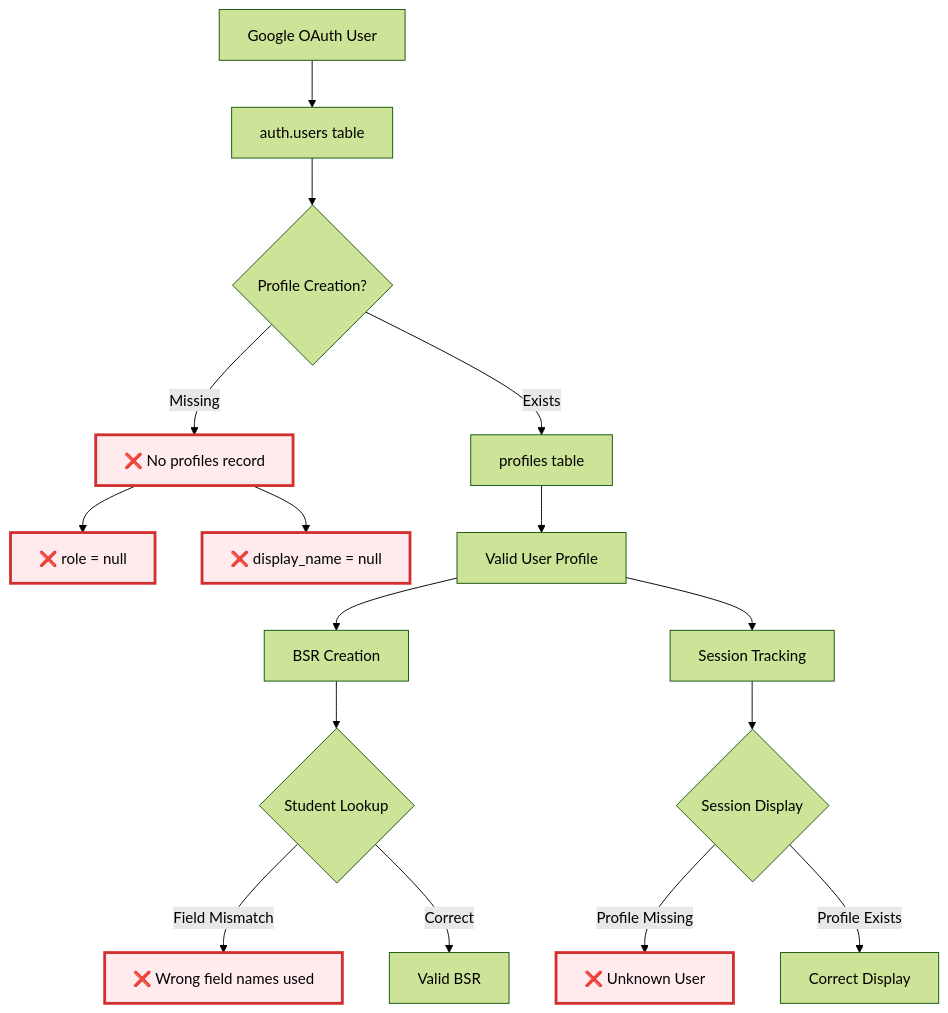
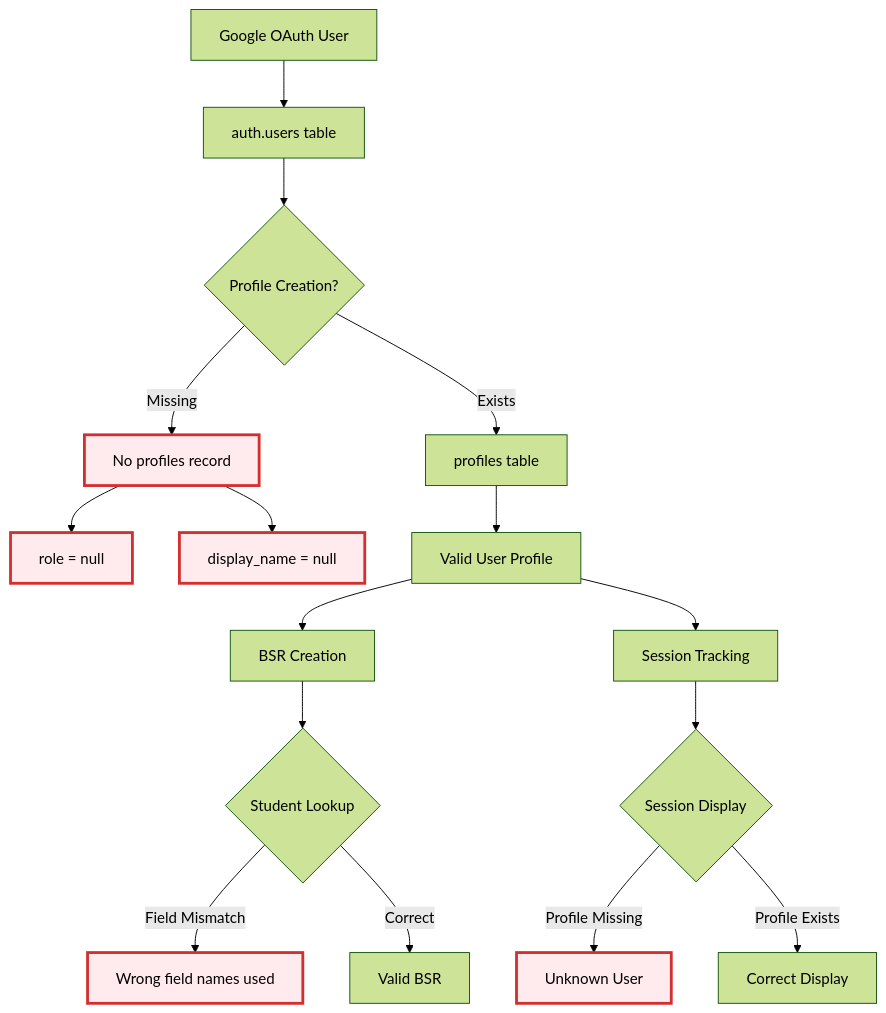
Before and after one commit to Splurfa/bx-os: the second of 4 diagrams in Docs/Flowcharts/Current-State/03-current-database-schema.md, drawn with Mermaid (forest theme). The commit also changed other lines of this file and 12 other files, not shown here.

First line of the commit message:
Fix flowchart syntax and numbering

````diff
--- a/Docs/Flowcharts/Current-State/03-current-database-schema.md
+++ b/Docs/Flowcharts/Current-State/03-current-database-schema.md
@@ -84,28 +84,28 @@
 ```mermaid
 flowchart TD
     A[Google OAuth User] --> B[auth.users table]
     B --> C{Profile Creation?}
-    C -->|Missing| D[❌ No profiles record]
+    C -->|Missing| D[No profiles record]
     C -->|Exists| E[profiles table]
     
-    D --> F[❌ role = null]
-    D --> G[❌ display_name = null]
+    D --> F[role = null]
+    D --> G[display_name = null]
     
     E --> H[Valid User Profile]
     H --> I[BSR Creation]
     H --> J[Session Tracking]
     
     I --> K{Student Lookup}
-    K -->|Field Mismatch| L[❌ Wrong field names used]
+    K -->|Field Mismatch| L[Wrong field names used]
     K -->|Correct| M[Valid BSR]
     
     J --> N{Session Display}
-    N -->|Profile Missing| O[❌ Unknown User]
+    N -->|Profile Missing| O[Unknown User]
     N -->|Profile Exists| P[Correct Display]
     
     style D fill:#ffebee,stroke:#d32f2f,stroke-width:3px
     style F fill:#ffebee,stroke:#d32f2f,stroke-width:3px
     style G fill:#ffebee,stroke:#d32f2f,stroke-width:3px
     style L fill:#ffebee,stroke:#d32f2f,stroke-width:3px
     style O fill:#ffebee,stroke:#d32f2f,stroke-width:3px
 ```
````
